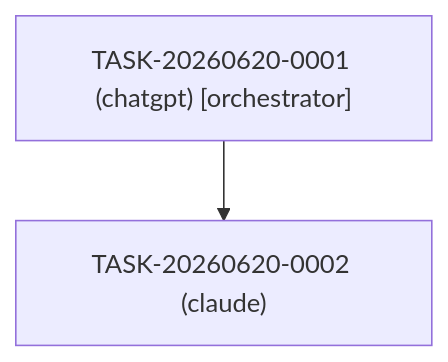
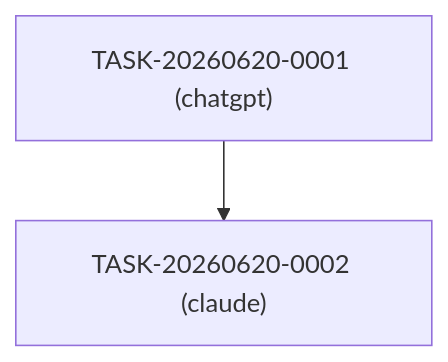
One commit to gumfactor/AI-chat-logs changed the diagram in sessions/2026/2026-06-20/TASK-20260620-0001/summary.md. Above: the diagram before and after it, drawn with Mermaid. The commit also changed 6 other files, not shown here.

````diff
--- a/sessions/2026/2026-06-20/TASK-20260620-0001/summary.md
+++ b/sessions/2026/2026-06-20/TASK-20260620-0001/summary.md
@@ -38,6 +38,6 @@
 ```mermaid
 graph TD
-    TASK_20260620_0001["TASK-20260620-0001 (chatgpt) [orchestrator]"]
+    TASK_20260620_0001["TASK-20260620-0001 (chatgpt)"]
     TASK_20260620_0002["TASK-20260620-0002 (claude)"]
     TASK_20260620_0001 --> TASK_20260620_0002
 ```
````
